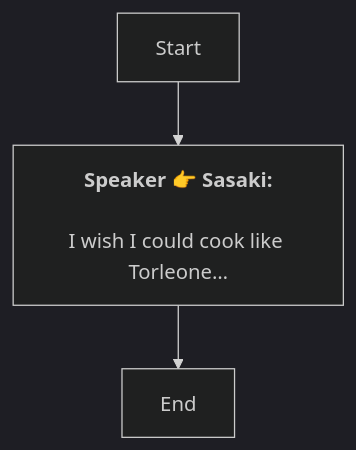
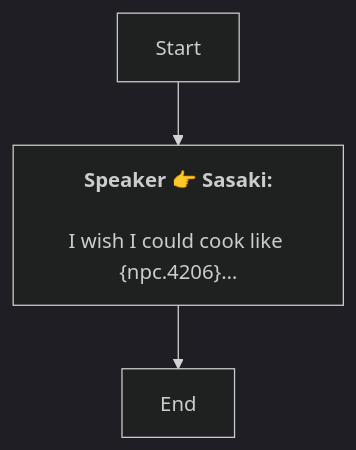
The diagram in Zh/Dialog_55524327903333.md (SoftHu/tos_avg), drawn with Mermaid (dark theme) before and after one commit. The commit also changed 730 other files, not shown here.

````diff
--- a/Zh/Dialog_55524327903333.md
+++ b/Zh/Dialog_55524327903333.md
@@ -1,7 +1,7 @@
 ```mermaid
 graph
 Start -->1776778918058997[<b>Speaker 👉 Sasaki:</b>
-\nI wish I could cook like Torleone…]
+\nI wish I could cook like &lbrace;npc.4206&rbrace;…]
 1776778918058997 -->1776778915690484[End]
 
 ```
````
